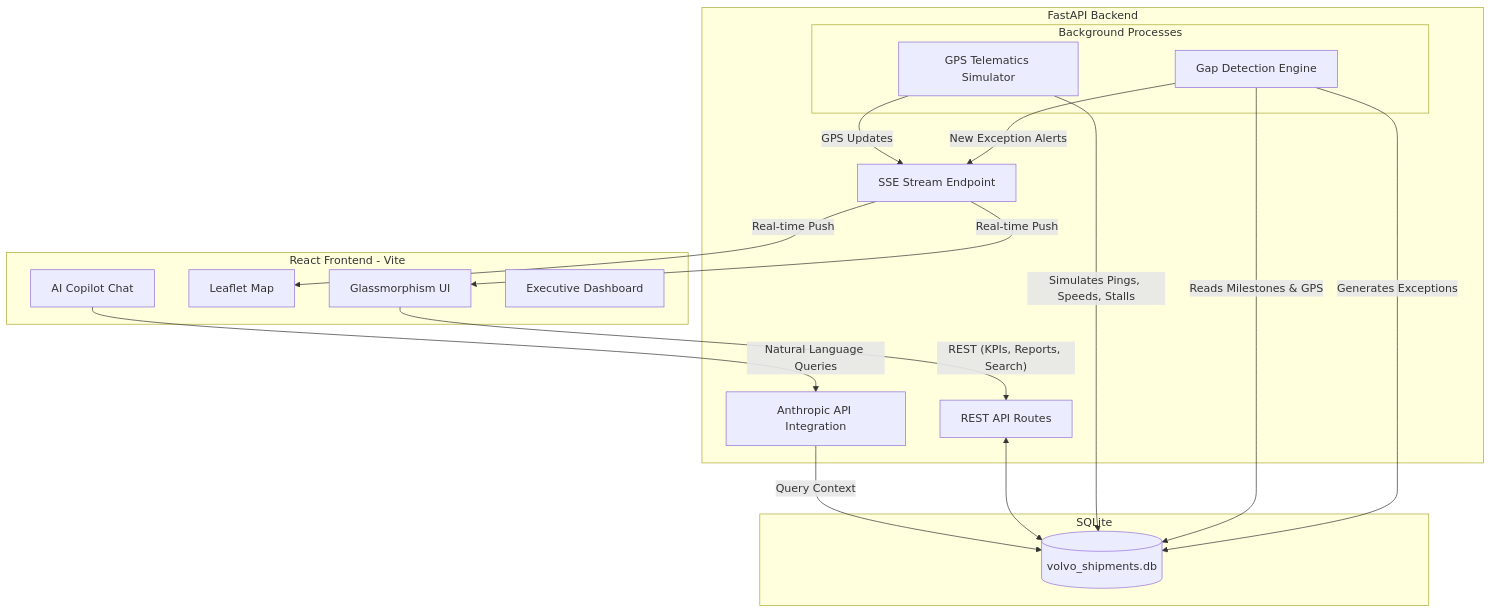
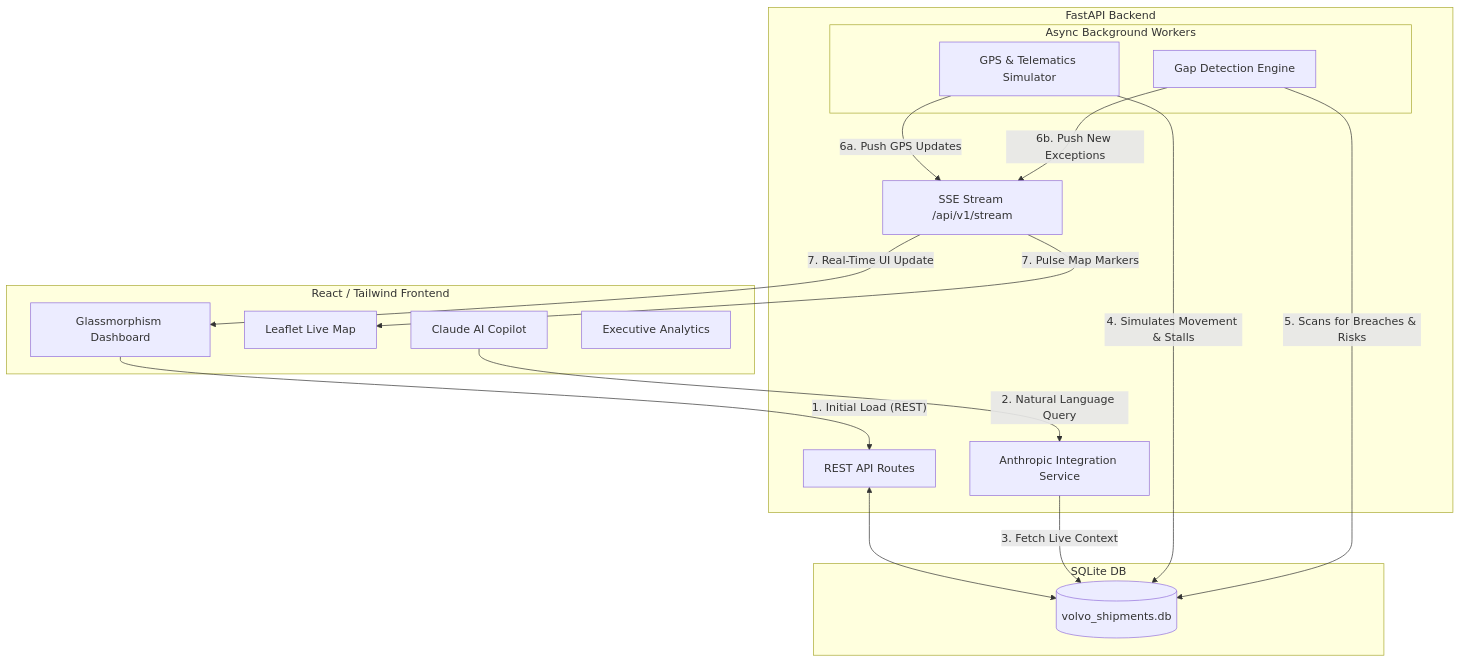
Before and after one commit to Ankitpaiii/-Volvo-Shipment-Intelligence: the diagram in README.md, drawn with Mermaid. The commit also changed other lines of this file, not shown here.

Commit message:
Update README with detailed documentation and flow diagram

````diff
--- a/README.md
+++ b/README.md
@@ -23,41 +48,42 @@
 ```mermaid
 graph TD
-    subgraph Frontend [React Frontend - Vite]
-        UI[Glassmorphism UI]
-        Map[Leaflet Map]
-        Copilot[AI Copilot Chat]
-        Exec[Executive Dashboard]
+    %% Frontend Components
+    subgraph Frontend [React / Tailwind Frontend]
+        UI[Glassmorphism Dashboard]
+        Map[Leaflet Live Map]
+        Copilot[Claude AI Copilot]
+        Exec[Executive Analytics]
     end
 
+    %% Backend Components
     subgraph Backend [FastAPI Backend]
         API[REST API Routes]
-        SSE[SSE Stream Endpoint]
-        LLM[Anthropic API Integration]
+        SSE[SSE Stream /api/v1/stream]
+        LLM[Anthropic Integration Service]
         
-        subgraph Workers [Background Processes]
-            Simulator[GPS Telematics Simulator]
+        subgraph Background_Workers [Async Background Workers]
+            Simulator[GPS & Telematics Simulator]
             Engine[Gap Detection Engine]
         end
     end
 
-    subgraph Database [SQLite]
+    %% Database
+    subgraph Database [SQLite DB]
         DB[(volvo_shipments.db)]
     end
 
-    %% Data Flow
-    UI -- "REST (KPIs, Reports, Search)" --> API
-    Copilot -- "Natural Language Queries" --> LLM
-    LLM -- "Query Context" --> DB
+    %% Flow Connections
+    UI -- "1. Initial Load (REST)" --> API
     API <--> DB
     
-    %% Background Loop
-    Simulator -- "Simulates Pings, Speeds, Stalls" --> DB
-    Engine -- "Reads Milestones & GPS" --> DB
-    Engine -- "Generates Exceptions" --> DB
+    Copilot -- "2. Natural Language Query" --> LLM
+    LLM -- "3. Fetch Live Context" --> DB
     
-    %% Real-time Flow
-    Simulator -- "GPS Updates" --> SSE
-    Engine -- "New Exception Alerts" --> SSE
-    SSE -- "Real-time Push" --> UI
-    SSE -- "Real-time Push" --> Map
+    Simulator -- "4. Simulates Movement & Stalls" --> DB
+    Engine -- "5. Scans for Breaches & Risks" --> DB
+    
+    Simulator -- "6a. Push GPS Updates" --> SSE
+    Engine -- "6b. Push New Exceptions" --> SSE
+    SSE -- "7. Real-Time UI Update" --> UI
+    SSE -- "7. Pulse Map Markers" --> Map
 ```
````
